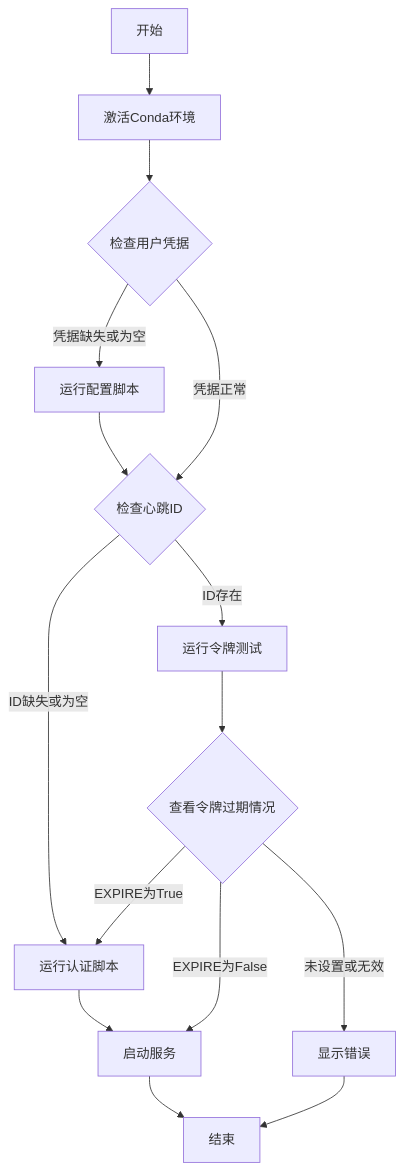
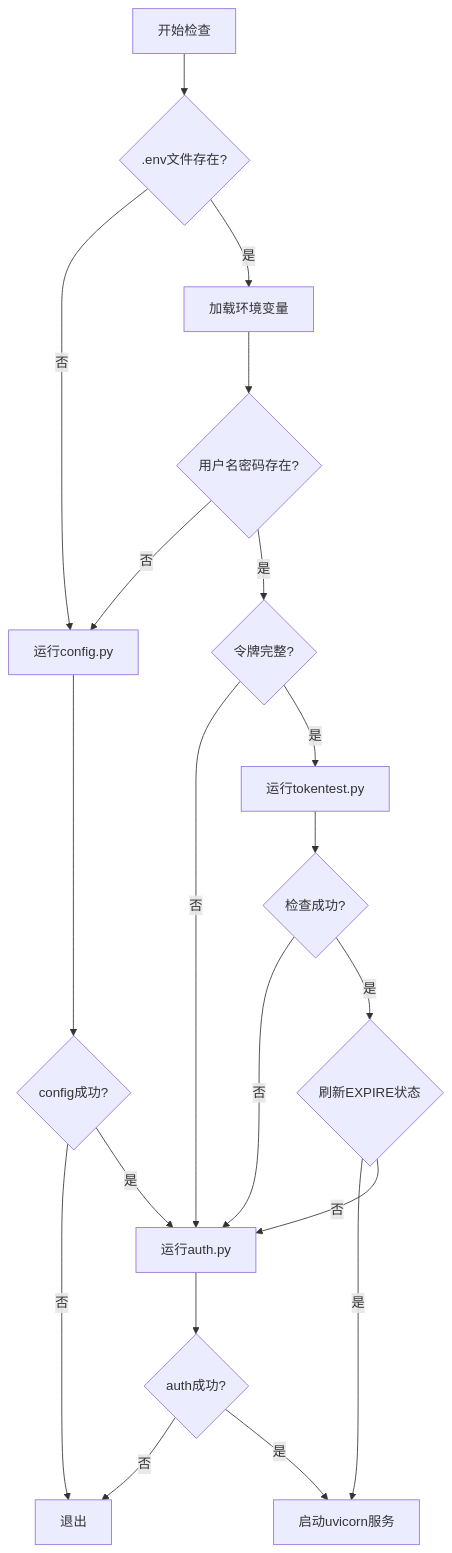
One commit to sealeelike/XIPUAI-to-openAI-compatible-API changed the diagram in README-zh.md. Above: the diagram before and after it, drawn with Mermaid. The commit also changed other lines of this file, not shown here.

````diff
--- a/README-zh.md
+++ b/README-zh.md
@@ -98,19 +98,30 @@
 ```mermaid
 flowchart TD
-    A[开始] --> B[激活Conda环境];
-    B --> C{检查用户凭据};
-    C -- 凭据缺失或为空 --> D[运行配置脚本];
-    D --> E{检查心跳ID};
-    C -- 凭据正常 --> E;
+    A[开始检查] --> B{.env文件存在?}
+    
+    B -->|否| C[运行config.py]
+    B -->|是| D[加载环境变量]
+    
+    D --> E{用户名密码存在?}
+    E -->|否| C
+    E -->|是| F{令牌完整?}
+    
+    F -->|否| G[运行auth.py]
+    F -->|是| H[运行tokentest.py]
+    
+    H --> I{检查成功?}
+    I -->|否| G
+    I -->|是| J{刷新EXPIRE状态}
+    
+    J -->|是| K[启动uvicorn服务]
+    J -->|否| G
+    
+    C --> L{config成功?}
+    L -->|否| M[退出]
+    L -->|是| G
+    
+    G --> N{auth成功?}
+    N -->|否| M
+    N -->|是| K
 
-    E -- ID缺失或为空 --> F[运行认证脚本];
-    F --> G[启动服务];
-    G --> H[结束];
-
-    E -- ID存在 --> I[运行令牌测试];
-    I --> J{查看令牌过期情况};
-    J -- EXPIRE为True --> F;
-    J -- EXPIRE为False --> G;
-    J -- 未设置或无效 --> K[显示错误];
-    K --> H;
 ```
````
